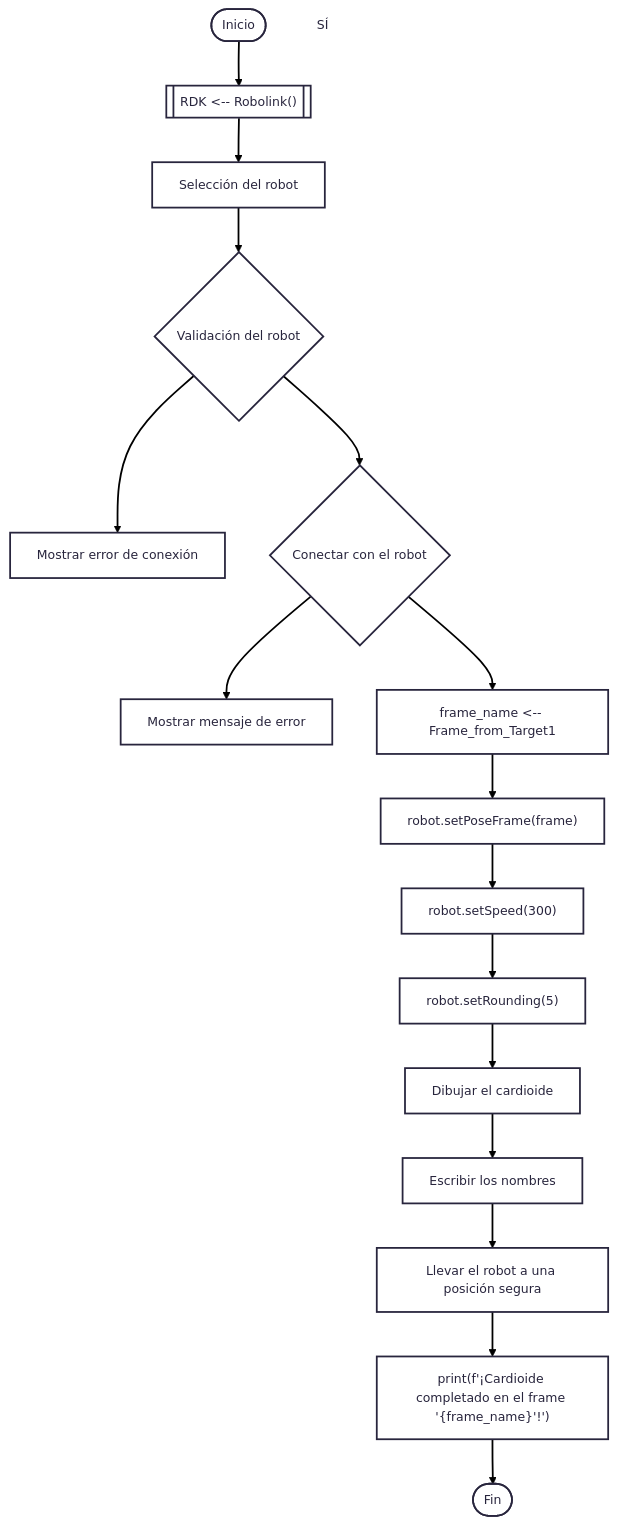
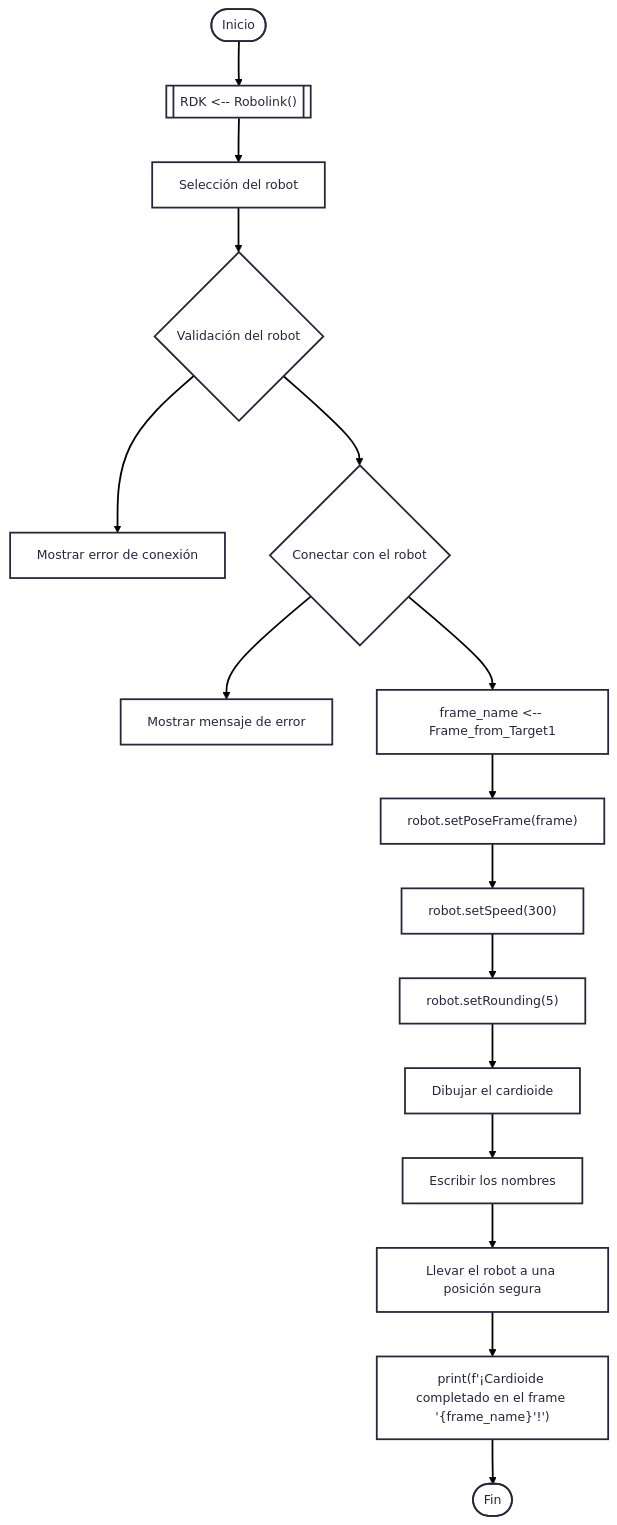
The diagram in Lab02/InformeLab02.md (Juan-delgado1/Laboratorio-Rob-tica-2E), drawn with Mermaid before and after one commit.

Commit message:
Remove unnecessary nodes and shapes in diagram

````diff
--- a/Lab02/InformeLab02.md
+++ b/Lab02/InformeLab02.md
@@ -202,25 +202,22 @@
 ```mermaid
 ---
 config:
   theme: redux
 ---
 flowchart TD
     A(["Inicio"]) --> B[["RDK &lt;-- Robolink()"]]
     B --> C["Selección del robot"]
     C --> D{"Validación del robot"}
     D --> E["Mostrar error de conexión"] & F{"Conectar con el robot"}
     F --> G["Mostrar mensaje de error"] & H["frame_name &lt;-- Frame_from_Target1"]
     H --> I["robot.setPoseFrame(frame)"]
     I --> J["robot.setSpeed(300)"]
     J --> K["robot.setRounding(5)"]
     K --> L["Dibujar el cardioide"]
     L --> M["Escribir los nombres"]
     M --> N["Llevar el robot a una posición segura"]
     N --> O@{ label: "print(f'¡Cardioide completado en el frame '{frame_name}'!')" }
     O --> Z(["Fin"])
-    n1["SÍ"]
-    O@{ shape: rect}
-    n1@{ shape: text}
                         
  
 ```
````
